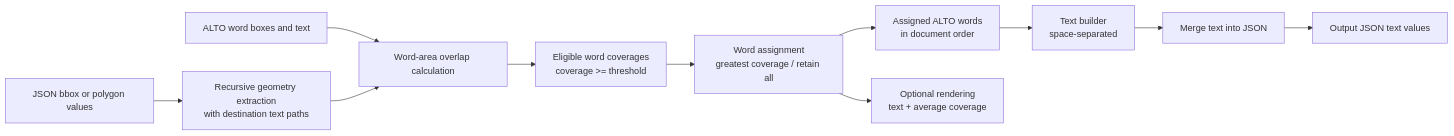
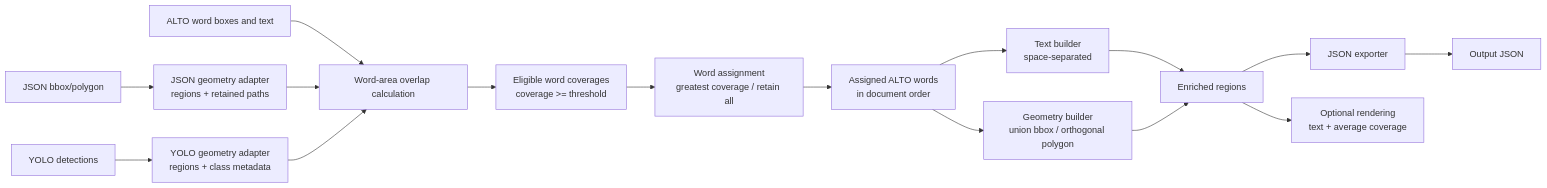
Before and after one commit to DCGM/text-geometry-aligner: the second of 2 diagrams in README.md, drawn with Mermaid. The commit also changed other lines of this file and 46 other files, not shown here.

Commit message:
Add YOLO support, unite text and geometry alignment pipelines to one internal representation.

````diff
--- a/README.md
+++ b/README.md
@@ -126,13 +159,18 @@
 ```mermaid
 flowchart LR
-    J["JSON bbox or polygon values"] --> GE["Recursive geometry extraction<br/>with destination text paths"]
+    J["JSON bbox/polygon"] --> GE["JSON geometry adapter<br/>regions + retained paths"]
+    Y["YOLO detections"] --> YE["YOLO geometry adapter<br/>regions + class metadata"]
     A["ALTO word boxes and text"] --> OC["Word-area overlap calculation"]
     GE --> OC
+    YE --> OC
     OC --> WC["Eligible word coverages<br/>coverage >= threshold"]
     WC --> WA["Word assignment<br/>greatest coverage / retain all"]
     WA --> MW["Assigned ALTO words<br/>in document order"]
     MW --> TB["Text builder<br/>space-separated"]
-    TB --> JM["Merge text into JSON"]
-    JM --> O["Output JSON text values"]
-    WA --> R["Optional rendering<br/>text + average coverage"]
+    MW --> GB["Geometry builder<br/>union bbox / orthogonal polygon"]
+    TB --> M["Enriched regions"]
+    GB --> M
+    M --> JM["JSON exporter"]
+    JM --> O["Output JSON"]
+    M --> R["Optional rendering<br/>text + average coverage"]
 ```
````
